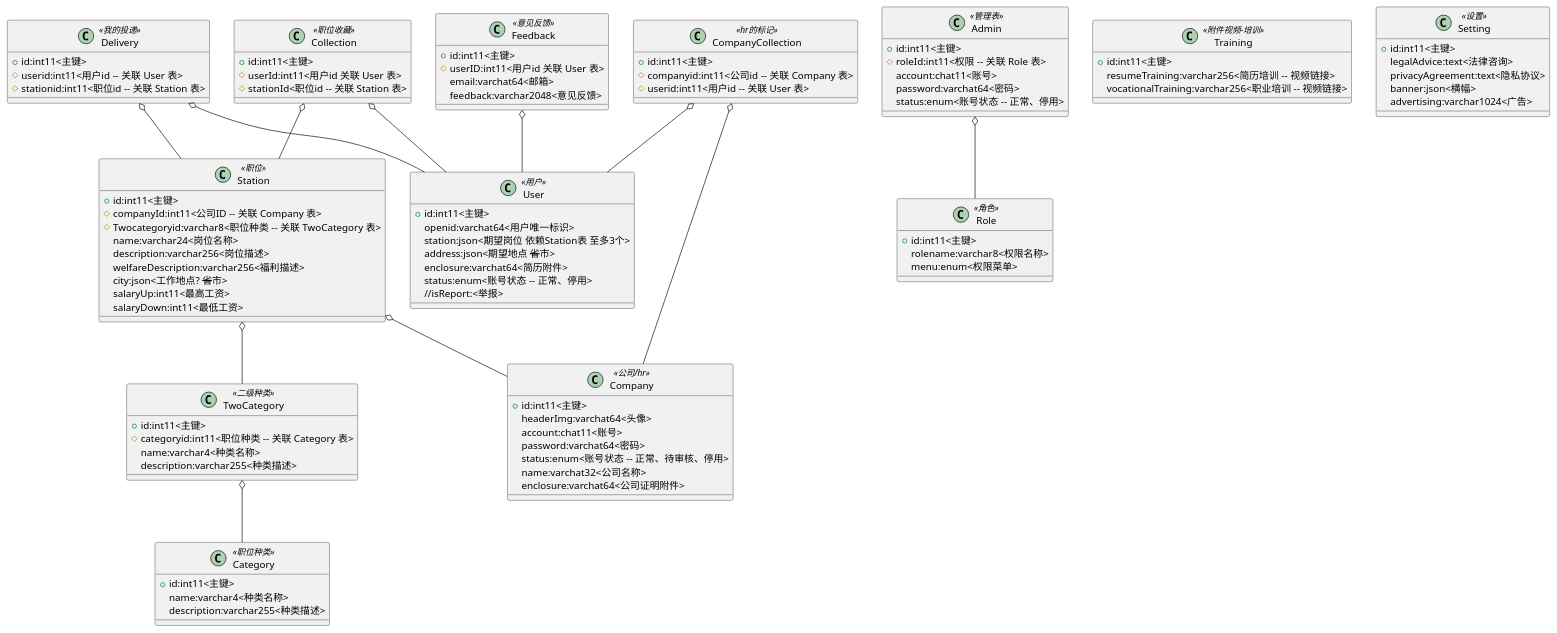
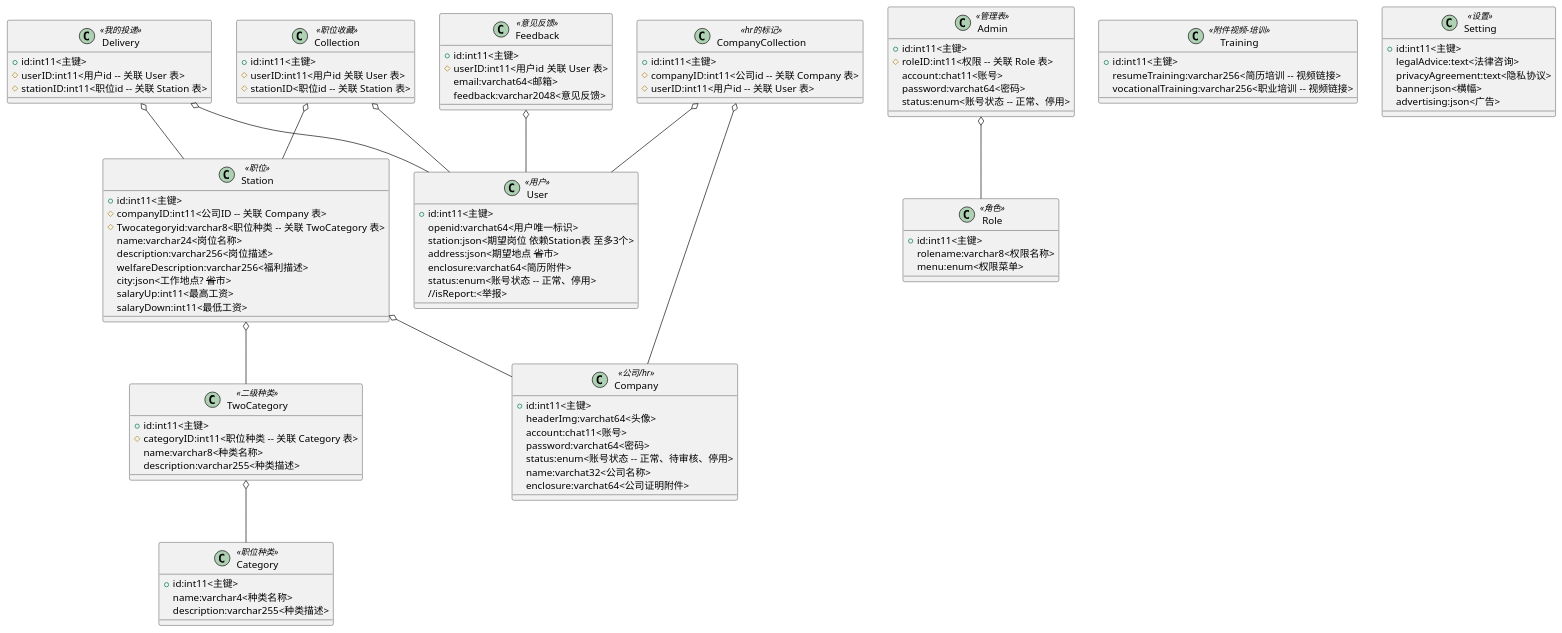
The diagram in server/src/main/resources/entity.puml (Lkk-Web/Kyinvite), drawn with PlantUML before and after one commit.

Commit message:
UML建模优化

```diff
--- a/server/src/main/resources/entity.puml
+++ b/server/src/main/resources/entity.puml
@@ -1,113 +1,113 @@
 @startuml <Kying>
 
 class User<<用户>>{
    +id:int11<主键>
    openid:varchat64<用户唯一标识>
    station:json<期望岗位 依赖Station表 至多3个>
    address:json<期望地点 --省--市>
    enclosure:varchat64<简历附件>
    status:enum<账号状态 -- 正常、停用>
    //isReport:<举报>
 }
 
 class Company<<公司/hr>>{
    +id:int11<主键>
    headerImg:varchat64<头像>
    account:chat11<账号>
    password:varchat64<密码>
    status:enum<账号状态 -- 正常、待审核、停用>
    name:varchat32<公司名称>
    enclosure:varchat64<公司证明附件>
 }
 
 class Admin<<管理表>>{
    +id:int11<主键>
-   #roleId:int11<权限 -- 关联 Role 表>
+   #roleID:int11<权限 -- 关联 Role 表>
    account:chat11<账号>
    password:varchat64<密码>
    status:enum<账号状态 -- 正常、停用>
 }
 Admin o-- Role
 
 
 class Role<<角色>>{
    +id:int11<主键>
    rolename:varchar8<权限名称>
    menu:enum<权限菜单>
 }
 
 class Delivery<<我的投递>>{
    +id:int11<主键>
-   #userid:int11<用户id -- 关联 User 表>
-   #stationid:int11<职位id -- 关联 Station 表>
+   #userID:int11<用户id -- 关联 User 表>
+   #stationID:int11<职位id -- 关联 Station 表>
 }
 Delivery o-- User
 Delivery o-- Station
 
 class Station<<职位>>{
    +id:int11<主键>  
-   #companyId:int11<公司ID -- 关联 Company 表>
+   #companyID:int11<公司ID -- 关联 Company 表>
    #Twocategoryid:varchar8<职位种类 -- 关联 TwoCategory 表>
    name:varchar24<岗位名称>
    description:varchar256<岗位描述>
    welfareDescription:varchar256<福利描述>
    city:json<工作地点? --省--市>
    salaryUp:int11<最高工资>
    salaryDown:int11<最低工资>
 }
 Station o-- Company
 Station o-- TwoCategory
 
 class Category<<职位种类>>{
    +id:int11<主键>
    name:varchar4<种类名称>
    description:varchar255<种类描述> 
 }
 
 class TwoCategory<<二级种类>>{
    +id:int11<主键>
-   #categoryid:int11<职位种类 -- 关联 Category 表>
-   name:varchar4<种类名称>
+   #categoryID:int11<职位种类 -- 关联 Category 表>
+   name:varchar8<种类名称>
    description:varchar255<种类描述>
 }
 TwoCategory o-- Category
 
 class Training<<附件视频-培训>>{
    +id:int11<主键>
    resumeTraining:varchar256<简历培训 -- 视频链接>
    vocationalTraining:varchar256<职业培训 -- 视频链接>
 }
 
 class Collection<<职位收藏>>{
    +id:int11<主键>
-   #userId:int11<用户id 关联 User 表>
-   #stationId<职位id -- 关联 Station 表>
+   #userID:int11<用户id 关联 User 表>
+   #stationID<职位id -- 关联 Station 表>
 }
 Collection o-- User
 Collection o-- Station
 
 class CompanyCollection<<hr的标记>>{
    +id:int11<主键>
-   #companyid:int11<公司id -- 关联 Company 表>
-   #userid:int11<用户id -- 关联 User 表>
+   #companyID:int11<公司id -- 关联 Company 表>
+   #userID:int11<用户id -- 关联 User 表>
 }
 CompanyCollection o-- Company
 CompanyCollection o-- User
 
 class Feedback<<意见反馈>>{
    +id:int11<主键>
    #userID:int11<用户id 关联 User 表>
    email:varchat64<邮箱>
    feedback:varchar2048<意见反馈>
 }
 Feedback o-- User
 
 class Setting<<设置>>{
    +id:int11<主键>
    legalAdvice:text<法律咨询>
    privacyAgreement:text<隐私协议>
    banner:json<横幅>
-   advertising:varchar1024<广告>
+   advertising:json<广告>
 }
 
 @enduml
```
